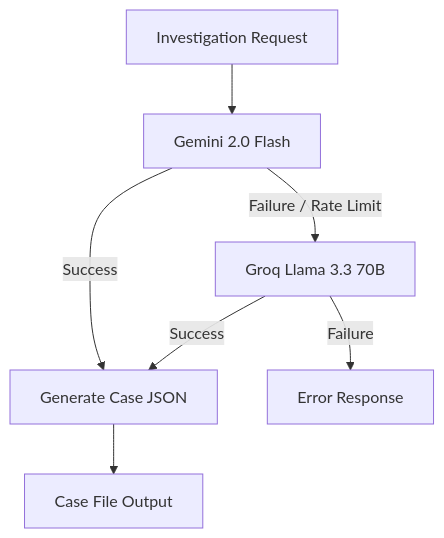
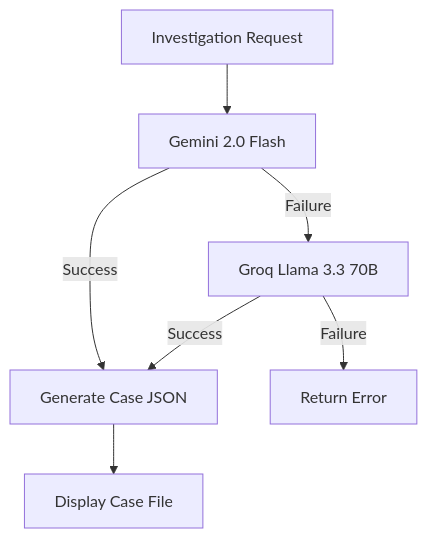
The second of 3 diagrams in README.md (nk21-dev/SHERLOX), drawn with Mermaid before and after one commit. The commit also changed other lines of this file, not shown here.

````diff
--- a/README.md
+++ b/README.md
@@ -42,9 +42,9 @@
 ```mermaid
-flowchart TD
+graph TD
     A[Investigation Request] --> B[Gemini 2.0 Flash]
     B -->|Success| D[Generate Case JSON]
-    B -->|Failure / Rate Limit| C[Groq Llama 3.3 70B]
+    B -->|Failure| C[Groq Llama 3.3 70B]
     C -->|Success| D
-    C -->|Failure| E[Error Response]
-    D --> F[Case File Output]
+    C -->|Failure| E[Return Error]
+    D --> F[Display Case File]
 ```
````
